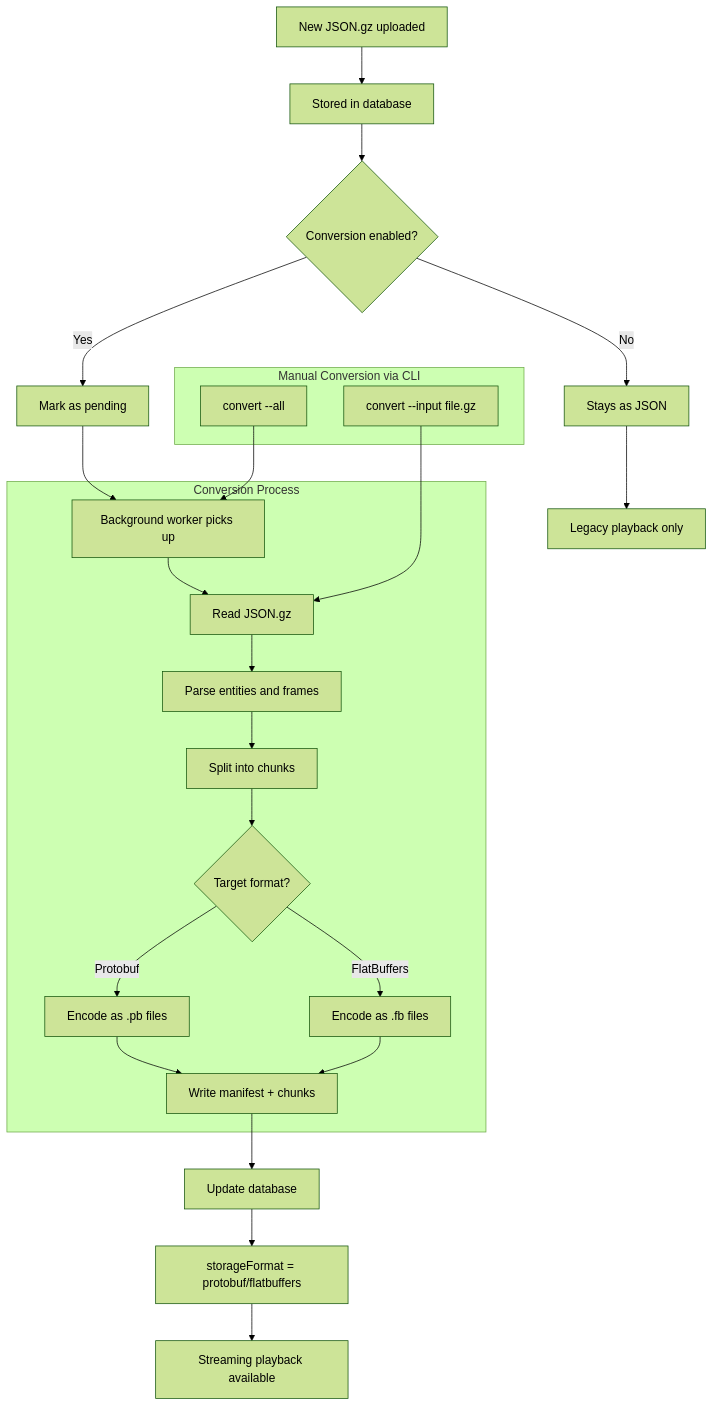
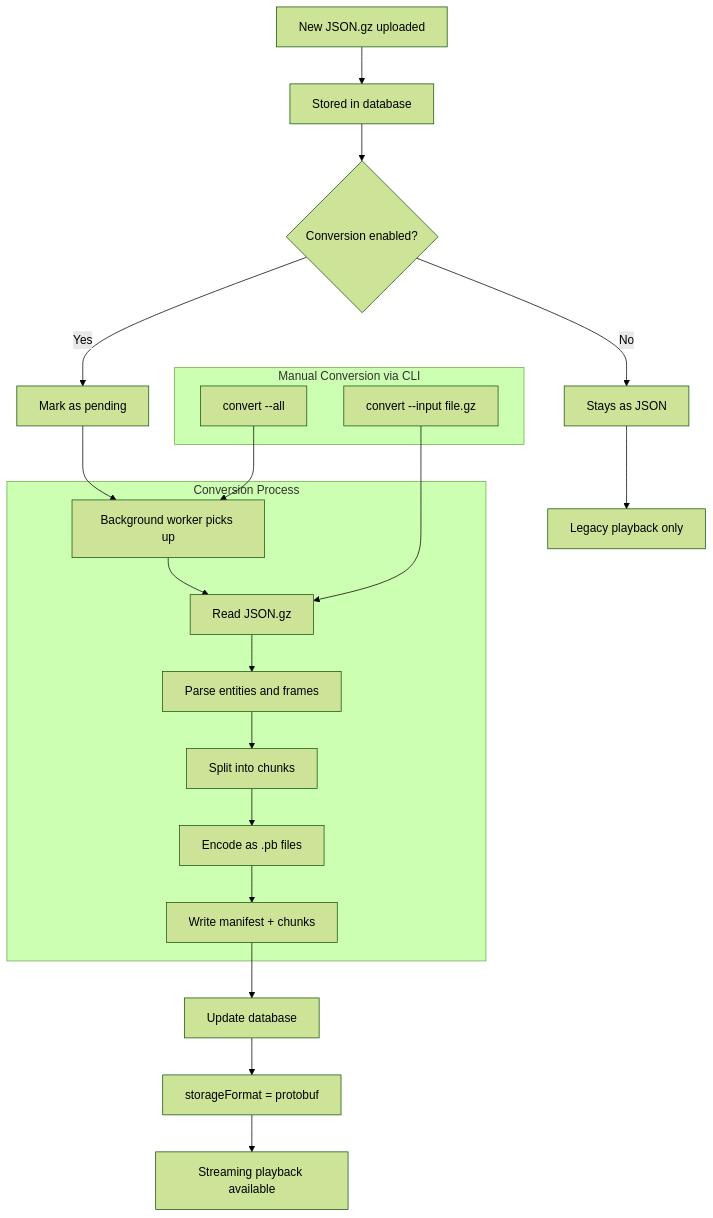
Before and after one commit to smitt14ua/OCAP2-web: the second of 2 diagrams in docs/streaming-architecture.md, drawn with Mermaid (forest theme). The commit also changed other lines of this file and 52 other files, not shown here.

First line of the commit message:
refactor: remove FlatBuffers support and global storage engine registry (#168)

````diff
--- a/docs/streaming-architecture.md
+++ b/docs/streaming-architecture.md
@@ -47,31 +47,28 @@
 ```mermaid
 flowchart TD
     A[New JSON.gz uploaded] --> B[Stored in database]
     B --> C{Conversion enabled?}
 
     C -->|No| D[Stays as JSON]
     D --> E[Legacy playback only]
 
     C -->|Yes| F[Mark as pending]
     F --> G[Background worker picks up]
 
     subgraph Conversion[Conversion Process]
         G --> H[Read JSON.gz]
         H --> I[Parse entities and frames]
         I --> J[Split into chunks]
-        J --> K{Target format?}
-        K -->|Protobuf| L[Encode as .pb files]
-        K -->|FlatBuffers| M[Encode as .fb files]
+        J --> L[Encode as .pb files]
         L --> N[Write manifest + chunks]
-        M --> N
     end
 
     N --> O[Update database]
-    O --> P[storageFormat = protobuf/flatbuffers]
+    O --> P[storageFormat = protobuf]
     P --> Q[Streaming playback available]
 
     subgraph Manual[Manual Conversion via CLI]
         R[convert --input file.gz] --> H
         S[convert --all] --> G
     end
 ```
````
